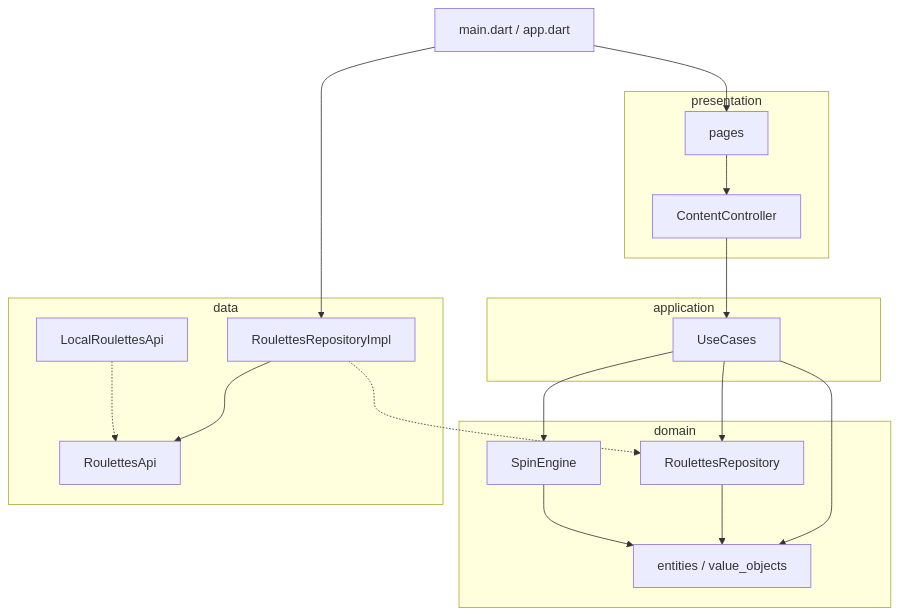
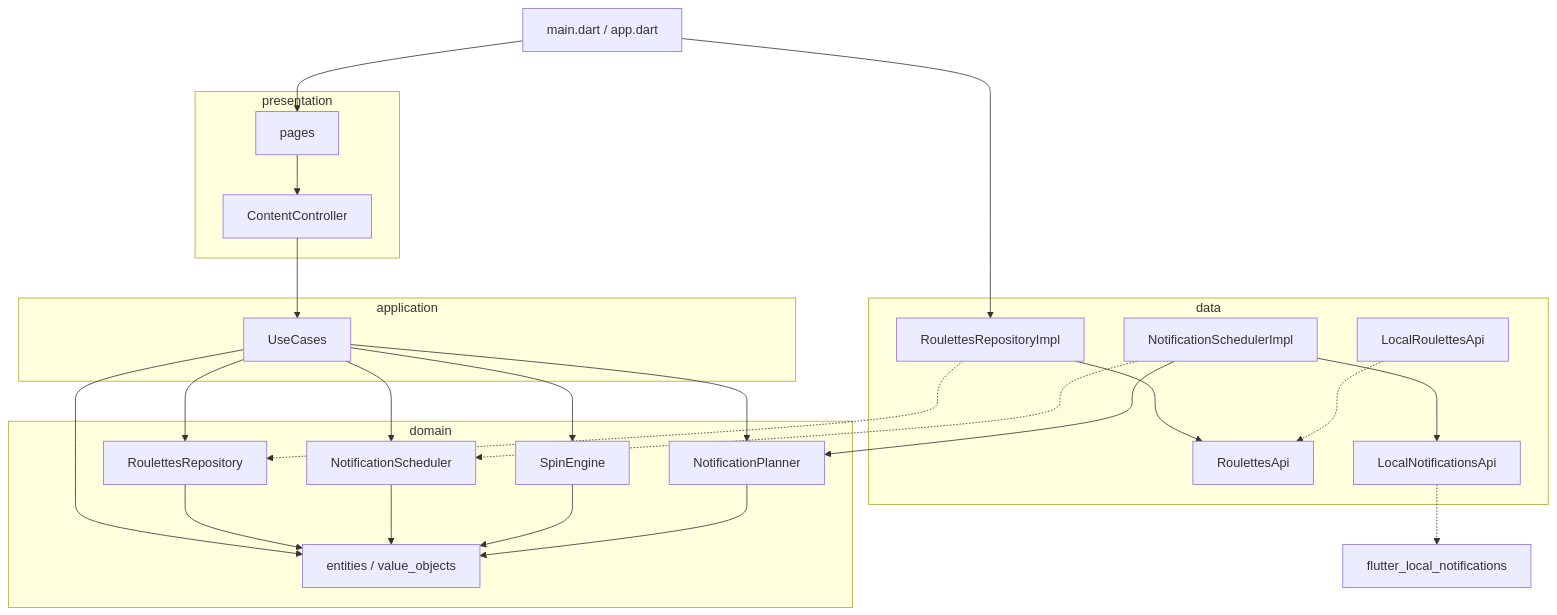
Before and after one commit to helum/mini-roulette: the first of 2 diagrams in .cursor/rules/architecture.mdc, drawn with Mermaid. The commit also changed other lines of this file and 29 other files, not shown here.

````diff
--- a/.cursor/rules/architecture.mdc
+++ b/.cursor/rules/architecture.mdc
@@ -12,34 +12,46 @@
 ```mermaid
 flowchart TB
   main["main.dart / app.dart"]
   subgraph presentation["presentation"]
     pages["pages"]
     controller["ContentController"]
   end
   subgraph application["application"]
     usecases["UseCases"]
   end
   subgraph domain["domain"]
     entities["entities / value_objects"]
     repoIf["RoulettesRepository"]
+    schedulerIf["NotificationScheduler"]
     engine["SpinEngine"]
+    planner["NotificationPlanner"]
   end
   subgraph data["data"]
     repoImpl["RoulettesRepositoryImpl"]
+    schedImpl["NotificationSchedulerImpl"]
     api["RoulettesApi"]
     local["LocalRoulettesApi"]
+    notifApi["LocalNotificationsApi"]
   end
 
   main --> pages
   main --> repoImpl
   pages --> controller
   controller --> usecases
   usecases --> repoIf
+  usecases --> schedulerIf
   usecases --> engine
+  usecases --> planner
   usecases --> entities
   repoIf --> entities
+  schedulerIf --> entities
   engine --> entities
+  planner --> entities
   repoImpl -.-> repoIf
   repoImpl --> api
   local -.-> api
+  schedImpl -.-> schedulerIf
+  schedImpl --> notifApi
+  schedImpl --> planner
+  notifApi -.-> plugin["flutter_local_notifications"]
 ```
````
